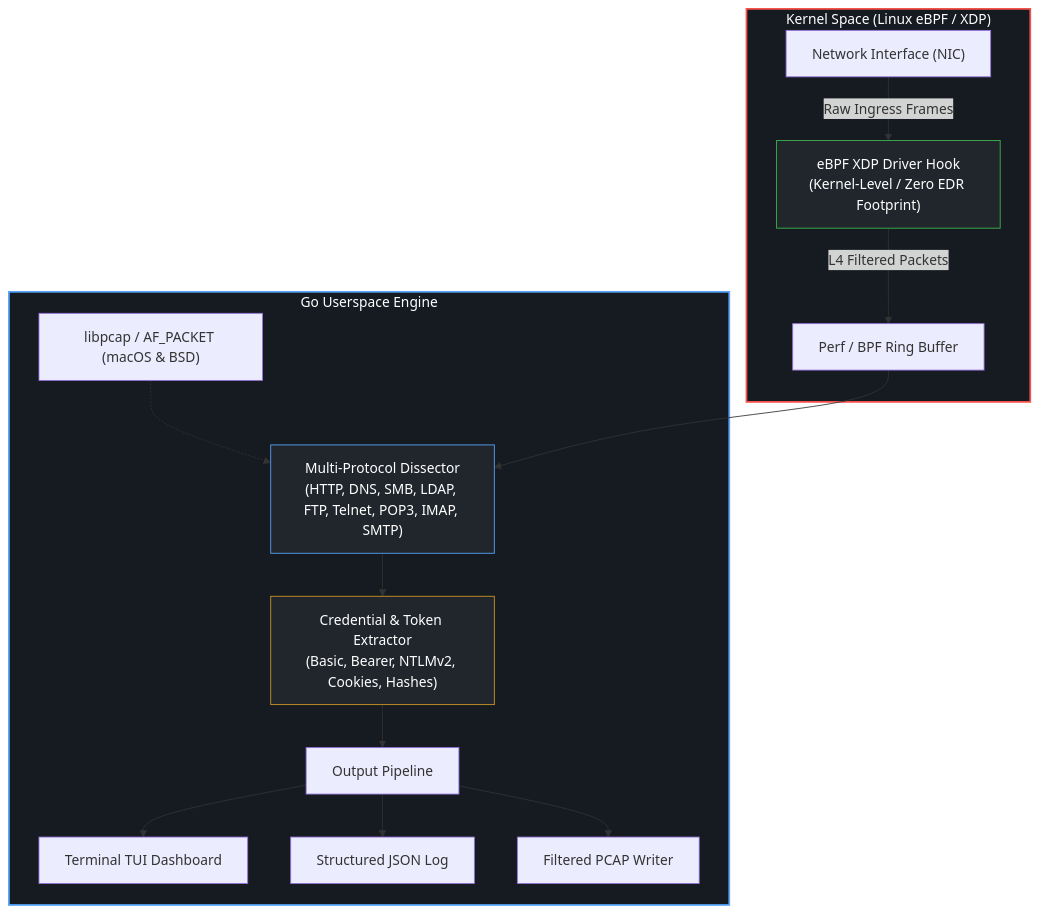
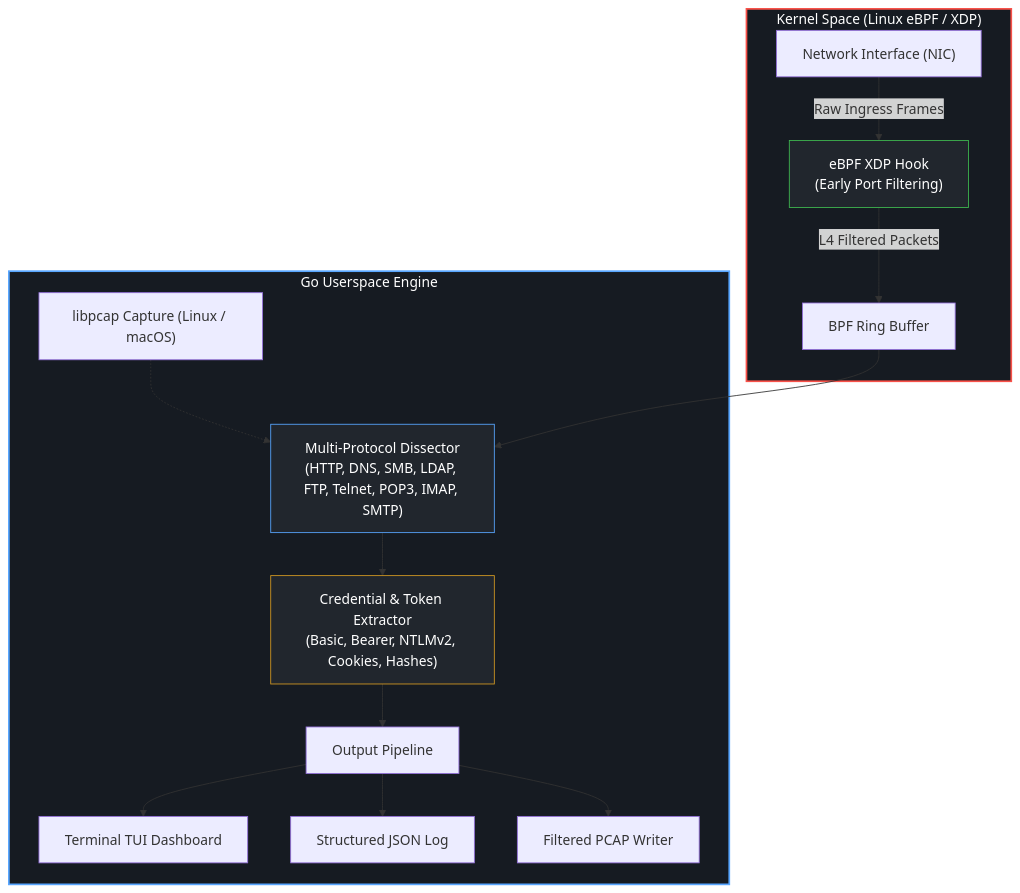
One commit to jankesec/driftnet2 changed the diagram in README.md. Above: the diagram before and after it, drawn with Mermaid. The commit also changed other lines of this file and 25 other files, not shown here.

````diff
--- a/README.md
+++ b/README.md
@@ -143,23 +146,23 @@
 ```mermaid
 flowchart TD
     subgraph KERNEL ["Kernel Space (Linux eBPF / XDP)"]
-        NIC["Network Interface (NIC)"] -->|Raw Ingress Frames| XDP["eBPF XDP Driver Hook\n(Kernel-Level / Zero EDR Footprint)"]
-        XDP -->|L4 Filtered Packets| RING["Perf / BPF Ring Buffer"]
+        NIC["Network Interface (NIC)"] -->|Raw Ingress Frames| XDP["eBPF XDP Hook\n(Early Port Filtering)"]
+        XDP -->|L4 Filtered Packets| RING["BPF Ring Buffer"]
     end
 
     subgraph USERSPACE ["Go Userspace Engine"]
-        PCAP["libpcap / AF_PACKET (macOS & BSD)"] -.-> PARSER
+        PCAP["libpcap Capture (Linux / macOS)"] -.-> PARSER
         RING --> PARSER["Multi-Protocol Dissector\n(HTTP, DNS, SMB, LDAP, FTP, Telnet, POP3, IMAP, SMTP)"]
         PARSER --> REGEX["Credential & Token Extractor\n(Basic, Bearer, NTLMv2, Cookies, Hashes)"]
         REGEX --> OUT["Output Pipeline"]
         OUT --> TUI["Terminal TUI Dashboard"]
         OUT --> JSON["Structured JSON Log"]
         OUT --> PCAP_W["Filtered PCAP Writer"]
     end
 
     style KERNEL fill:#161b22,stroke:#f85149,stroke-width:2px,color:#fff
     style USERSPACE fill:#161b22,stroke:#58a6ff,stroke-width:2px,color:#fff
     style XDP fill:#21262d,stroke:#3fb950,color:#fff
     style PARSER fill:#21262d,stroke:#58a6ff,color:#fff
     style REGEX fill:#21262d,stroke:#d29922,color:#fff
 ```
````
